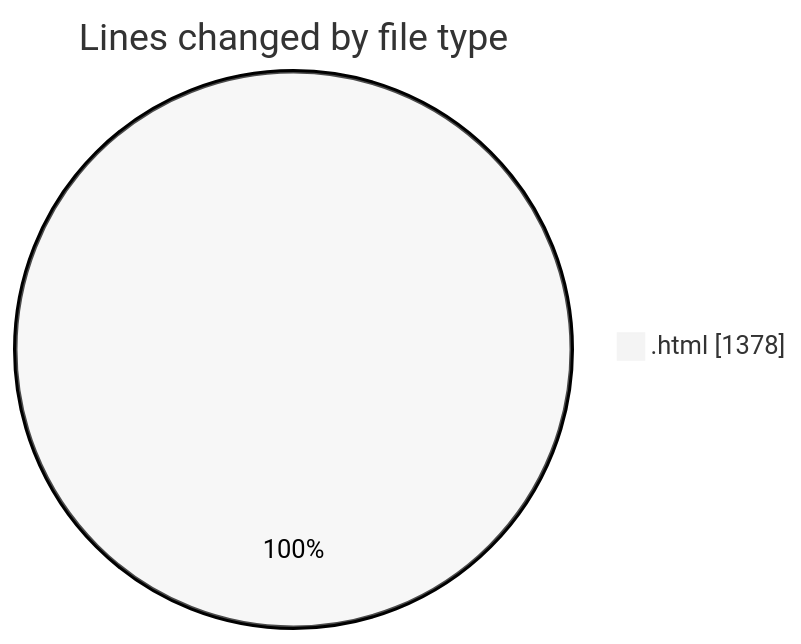
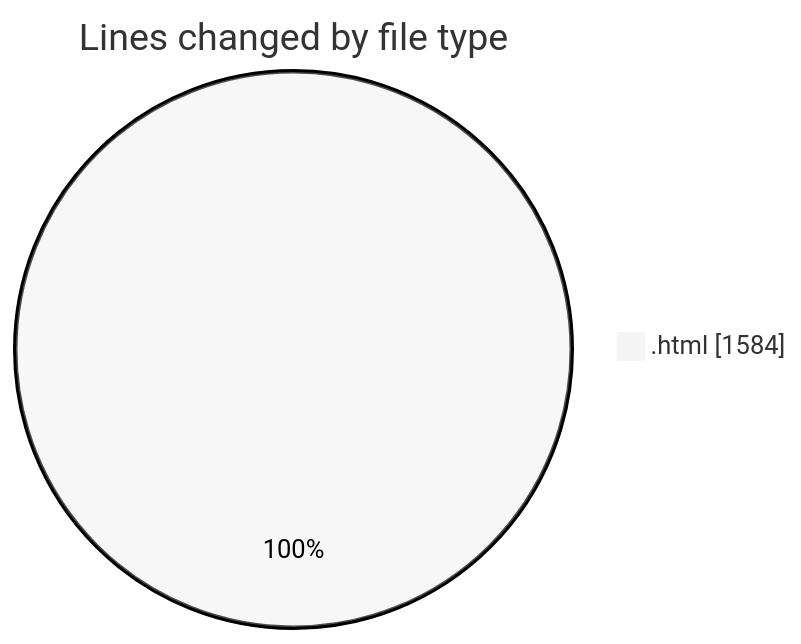
Before and after one commit to shibass792/code-tracking: the first of 2 diagrams in 2026-07-12/untitled__workspace_/README.md, drawn with Mermaid (neutral theme). The commit also changed other lines of this file and 1 other file, not shown here.

````diff
--- a/2026-07-12/untitled__workspace_/README.md
+++ b/2026-07-12/untitled__workspace_/README.md
@@ -20,5 +20,5 @@
 ```mermaid
 pie showData
 title Lines changed by file type
-".html" : 1378
+".html" : 1584
 ```
````
